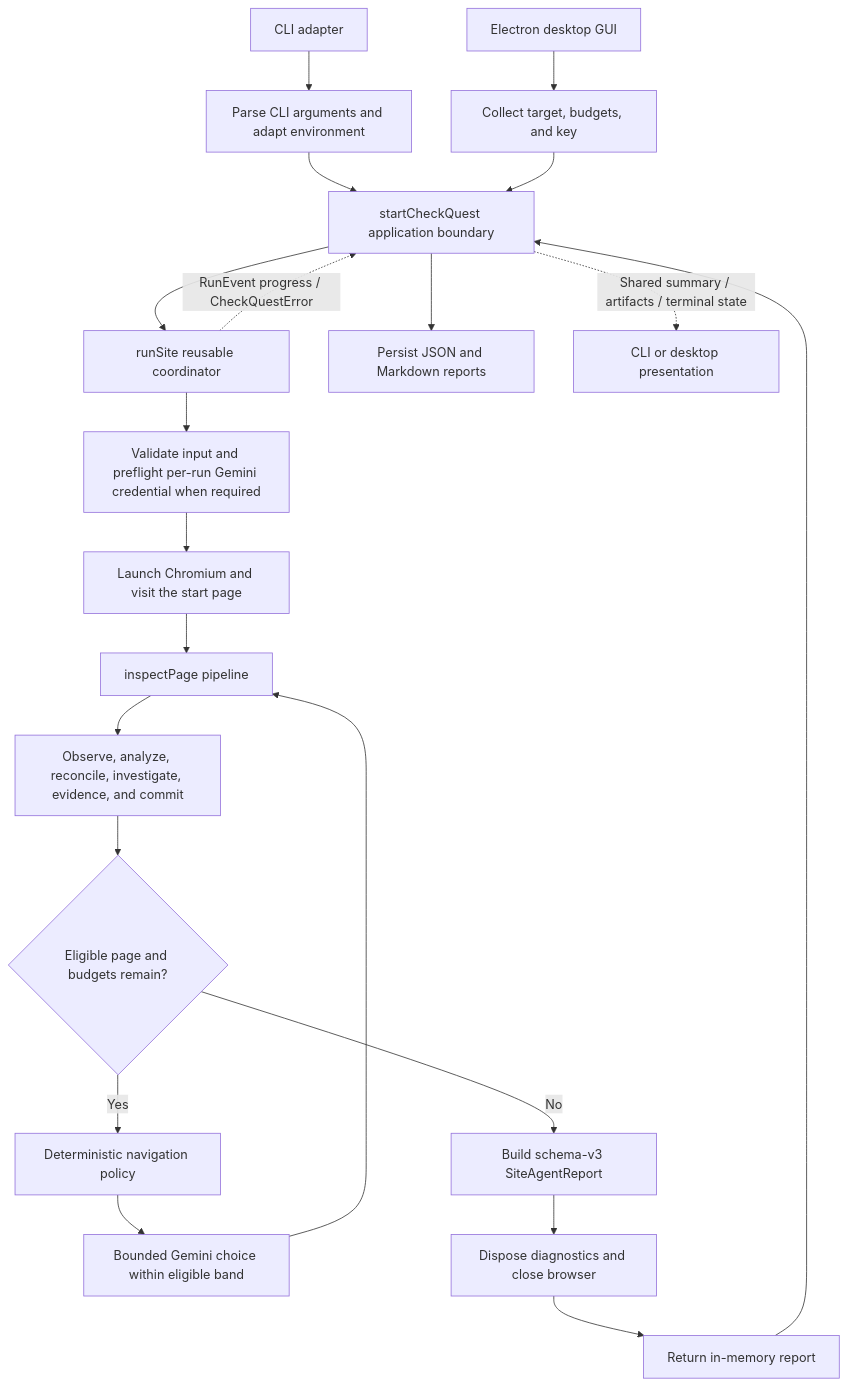
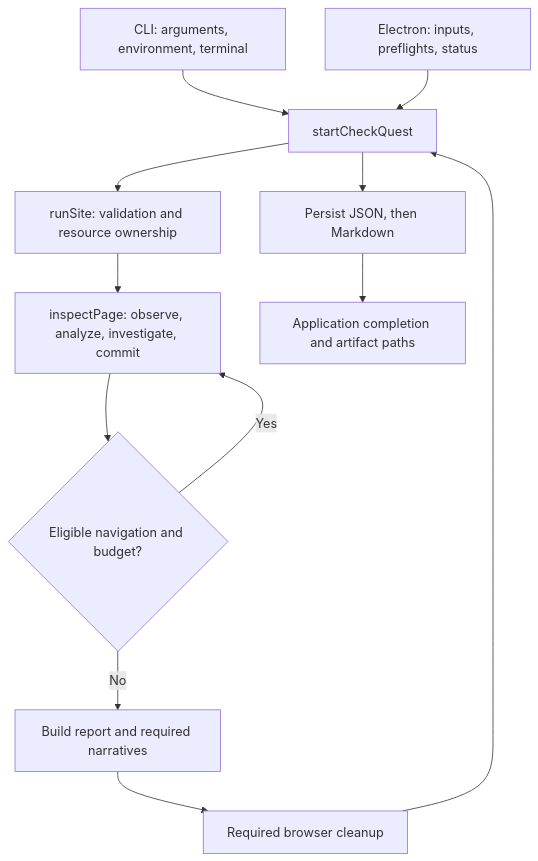
One commit to bootnihil/checkquest changed the diagram in docs/ARCHITECTURE.md. Above: the diagram before and after it, drawn with Mermaid. The commit also changed other lines of this file and 7 other files, not shown here.

````diff
--- a/docs/ARCHITECTURE.md
+++ b/docs/ARCHITECTURE.md
@@ -36,23 +10,14 @@
 ```mermaid
 flowchart TD
-  CLI["CLI adapter"] --> CLIIN["Parse CLI arguments and adapt environment"]
-  DESK["Electron desktop GUI"] --> GUIIN["Collect target, budgets, and key"]
-  CLIIN --> APP["startCheckQuest application boundary"]
-  GUIIN --> APP
-  APP --> RUN["runSite reusable coordinator"]
-  RUN -. "RunEvent progress / CheckQuestError" .-> APP
-  RUN --> PRE["Validate input and preflight per-run Gemini credential when required"]
-  PRE --> BROWSER["Launch Chromium and visit the start page"]
-  BROWSER --> PAGE["inspectPage pipeline"]
-  PAGE --> WORK["Observe, analyze, reconcile, investigate, evidence, and commit"]
-  WORK --> MORE{"Eligible page and budgets remain?"}
-  MORE -->|"Yes"| NAV["Deterministic navigation policy"]
-  NAV --> CHOICE["Bounded Gemini choice within eligible band"]
-  CHOICE --> PAGE
-  MORE -->|"No"| REPORT["Build schema-v3 SiteAgentReport"]
-  REPORT --> CLEAN["Dispose diagnostics and close browser"]
-  CLEAN --> RETURN["Return in-memory report"]
-  RETURN --> APP
-  APP --> PERSIST["Persist JSON and Markdown reports"]
-  APP -. "Shared summary / artifacts / terminal state" .-> PRESENT["CLI or desktop presentation"]
+  CLI[CLI: arguments, environment, terminal] --> APP[startCheckQuest]
+  GUI[Electron: inputs, preflights, status] --> APP
+  APP --> RUN[runSite: validation and resource ownership]
+  RUN --> PAGE[inspectPage: observe, analyze, investigate, commit]
+  PAGE --> NEXT{Eligible navigation and budget?}
+  NEXT -->|Yes| PAGE
+  NEXT -->|No| REPORT[Build report and required narratives]
+  REPORT --> CLEAN[Required browser cleanup]
+  CLEAN --> APP
+  APP --> FILES[Persist JSON, then Markdown]
+  FILES --> DONE[Application completion and artifact paths]
 ```
````
